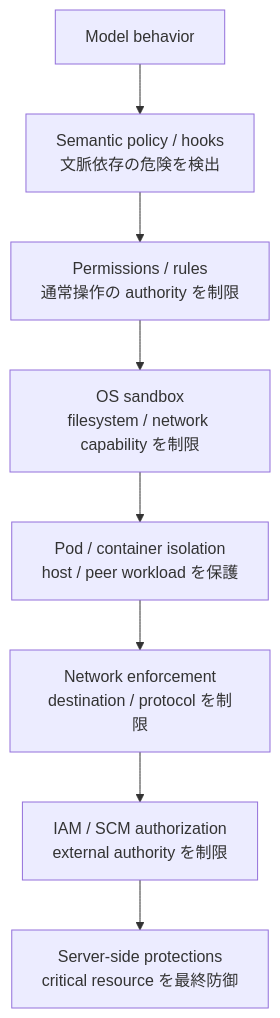
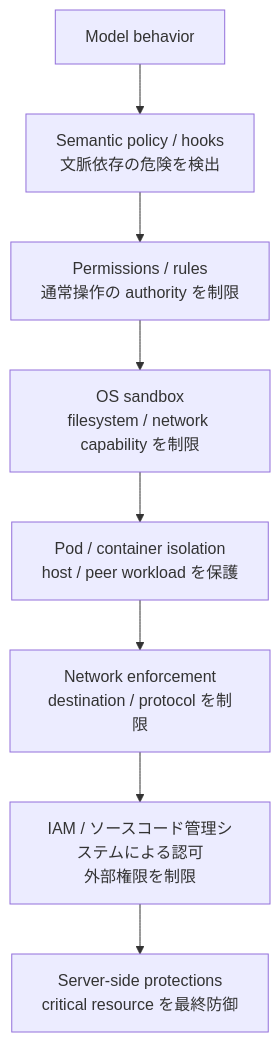
One commit to tomo-chan/agent-harness changed the first of 2 diagrams in docs/ja/03-security-model.md. Above: the diagram before and after it, drawn with Mermaid. The commit also changed other lines of this file and 10 other files, not shown here.

````diff
--- a/docs/ja/03-security-model.md
+++ b/docs/ja/03-security-model.md
@@ -21,10 +21,10 @@
 ```mermaid
 flowchart TD
     M[Model behavior] --> H[Semantic policy / hooks<br/>文脈依存の危険を検出]
     H --> P[Permissions / rules<br/>通常操作の authority を制限]
     P --> S[OS sandbox<br/>filesystem / network capability を制限]
     S --> C[Pod / container isolation<br/>host / peer workload を保護]
     C --> N[Network enforcement<br/>destination / protocol を制限]
-    N --> I[IAM / SCM authorization<br/>external authority を制限]
+    N --> I[IAM / ソースコード管理システムによる認可<br/>外部権限を制限]
     I --> R[Server-side protections<br/>critical resource を最終防御]
 ```
````
